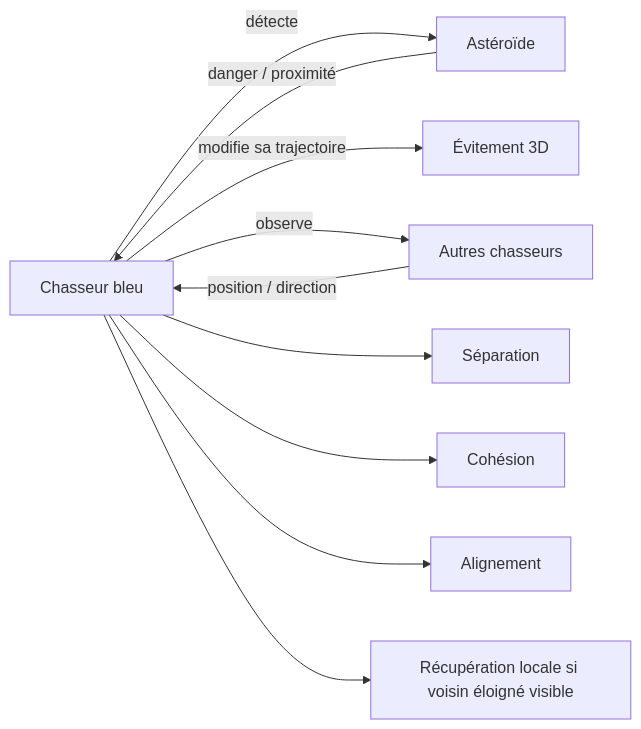
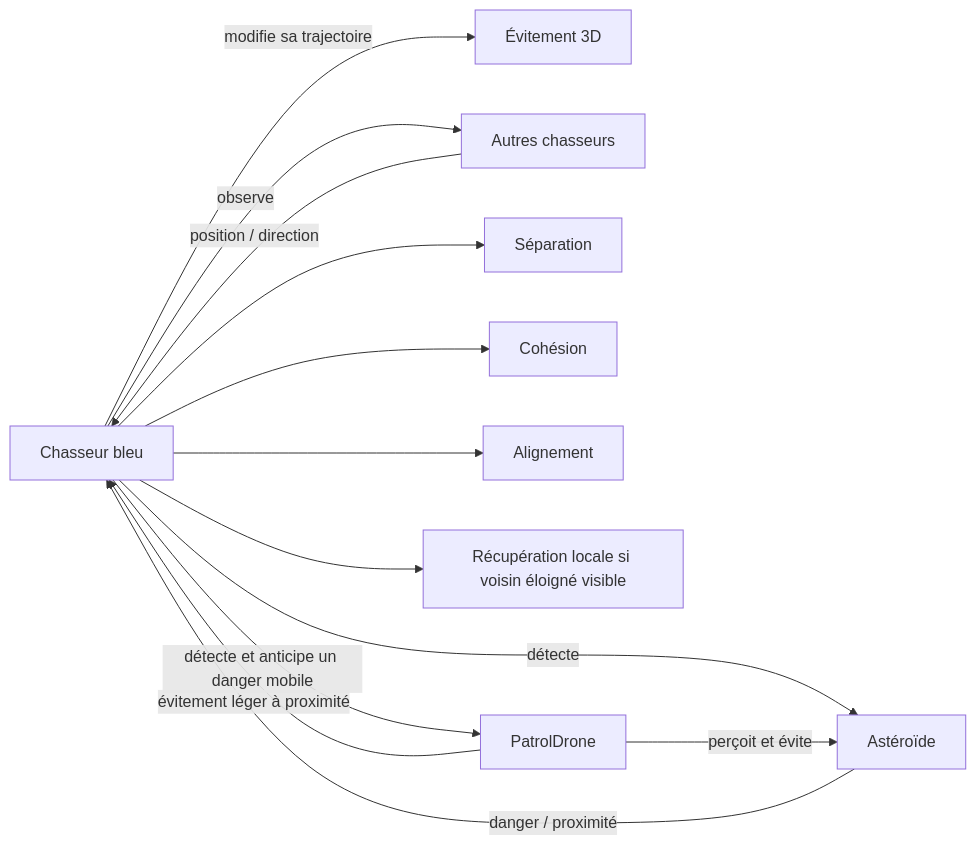
Before and after one commit to Hoarau-arnaud/Godot_M2_ILIADE: the third of 5 diagrams in RAPPORT.md, drawn with Mermaid. The commit also changed other lines of this file and 13 other files, not shown here.

Commit message:
feat: add patrol drone agent and difficulty controls

````diff
--- a/RAPPORT.md
+++ b/RAPPORT.md
@@ -149,14 +207,17 @@
 ```mermaid
 flowchart LR
     A[Chasseur bleu] -->|détecte| B[Astéroïde]
     B -->|danger / proximité| A
     A -->|modifie sa trajectoire| C[Évitement 3D]
 
     A -->|observe| D[Autres chasseurs]
     D -->|position / direction| A
 
     A --> E[Séparation]
     A --> F[Cohésion]
     A --> G[Alignement]
     A --> H[Récupération locale si voisin éloigné visible]
+    A -->|détecte et anticipe un danger mobile| I[PatrolDrone]
+    I -->|évitement léger à proximité| A
+    I -->|perçoit et évite| B
 ```
````
